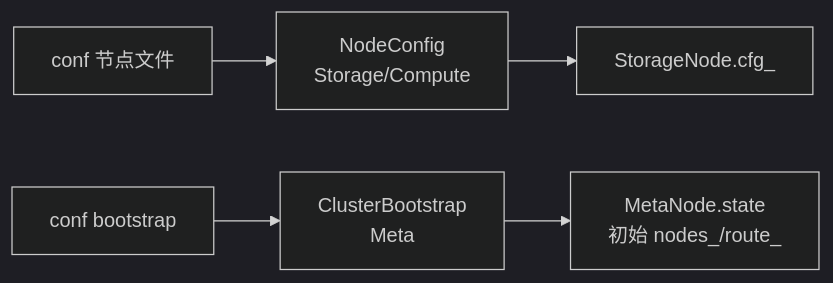
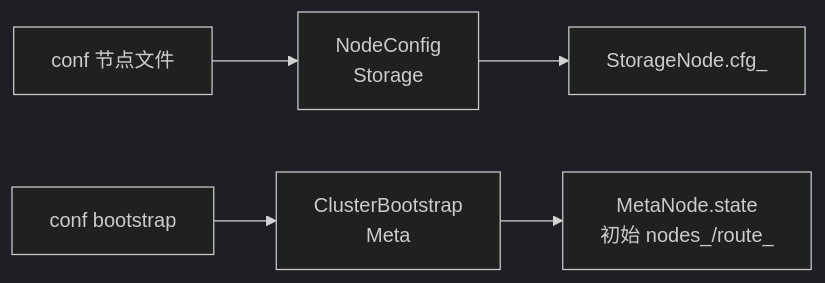
The third of 3 diagrams in docs/topology/COMMON_DATA_TOPOLOGY.md (devotionalist/openkv), drawn with Mermaid (dark theme) before and after one commit. The commit also changed other lines of this file and 115 other files, not shown here.

````diff
--- a/docs/topology/COMMON_DATA_TOPOLOGY.md
+++ b/docs/topology/COMMON_DATA_TOPOLOGY.md
@@ -136,7 +136,7 @@
 ```mermaid
 flowchart LR
-  F1["conf 节点文件"] --> NC["NodeConfig<br/>Storage/Compute"]
+  F1["conf 节点文件"] --> NC["NodeConfig<br/>Storage"]
   F2["conf bootstrap"] --> CB["ClusterBootstrap<br/>Meta"]
   CB --> META["MetaNode.state<br/>初始 nodes_/route_"]
   NC --> STORE["StorageNode.cfg_"]
 ```
````
